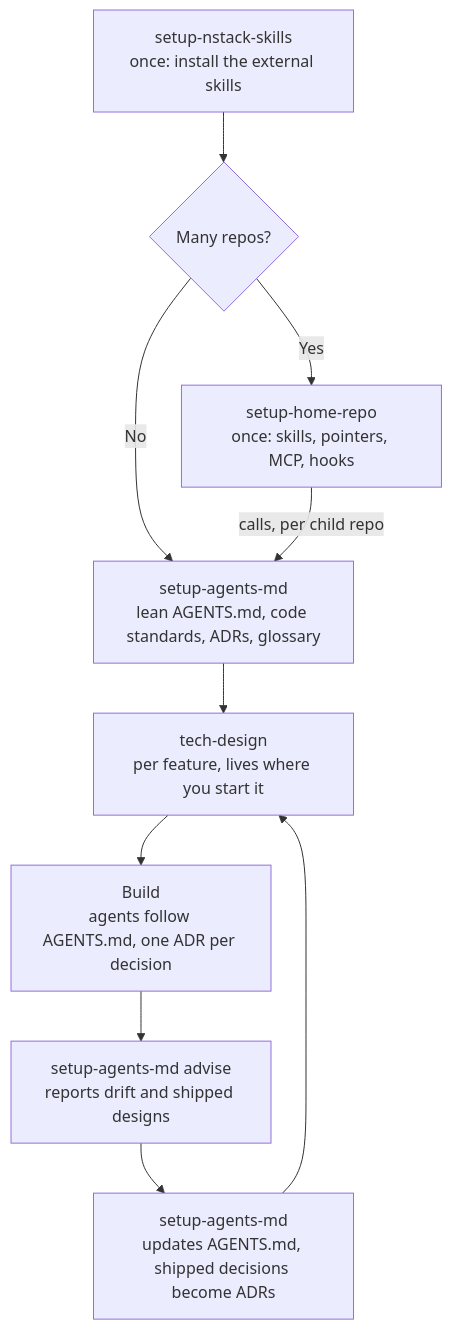
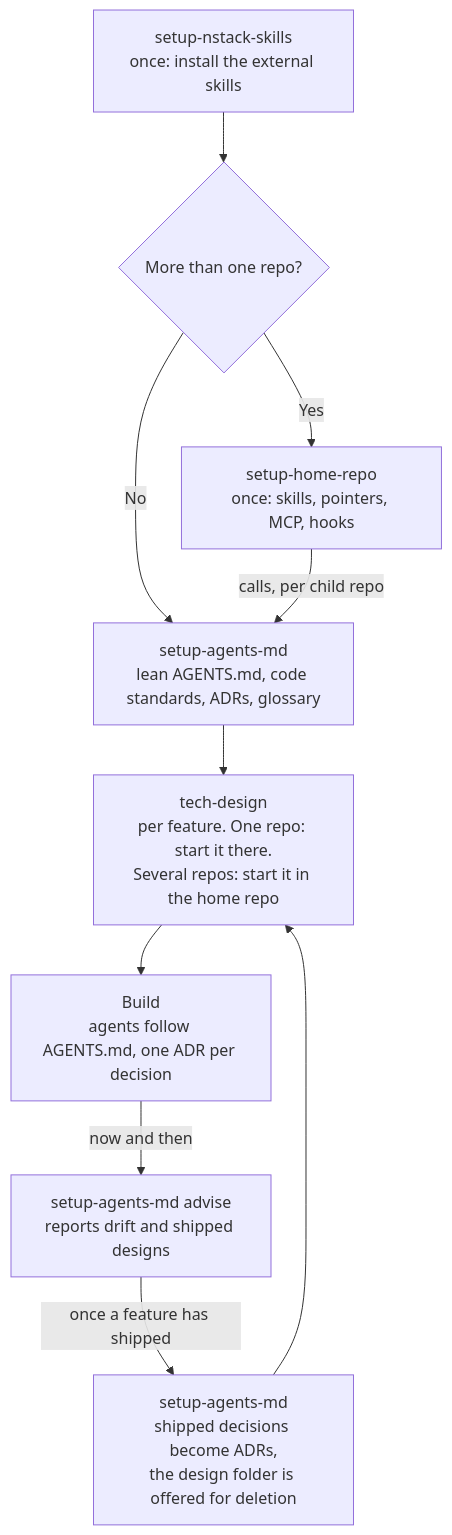
Before and after one commit to svennijhuis/nstack: the diagram in README.md, drawn with Mermaid. The commit also changed other lines of this file and 1 other file, not shown here.

First line of the commit message:
README: show a design from start to shipped, align the flow chart

````diff
--- a/README.md
+++ b/README.md
@@ -17,12 +17,12 @@
 ```mermaid
 flowchart TD
-    A[setup-nstack-skills<br/>once: install the external skills] --> B{Many repos?}
+    A[setup-nstack-skills<br/>once: install the external skills] --> B{More than one repo?}
     B -->|Yes| C[setup-home-repo<br/>once: skills, pointers, MCP, hooks]
     B -->|No| D
     C -->|calls, per child repo| D[setup-agents-md<br/>lean AGENTS.md, code standards, ADRs, glossary]
-    D --> E[tech-design<br/>per feature, lives where you start it]
+    D --> E[tech-design<br/>per feature. One repo: start it there.<br/>Several repos: start it in the home repo]
     E --> F[Build<br/>agents follow AGENTS.md, one ADR per decision]
-    F --> G[setup-agents-md advise<br/>reports drift and shipped designs]
-    G --> H[setup-agents-md<br/>updates AGENTS.md, shipped decisions become ADRs]
+    F -->|now and then| G[setup-agents-md advise<br/>reports drift and shipped designs]
+    G -->|once a feature has shipped| H[setup-agents-md<br/>shipped decisions become ADRs,<br/>the design folder is offered for deletion]
     H --> E
 ```
````
